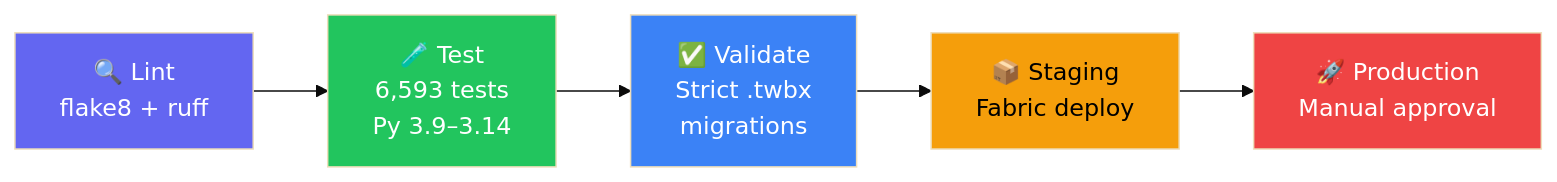
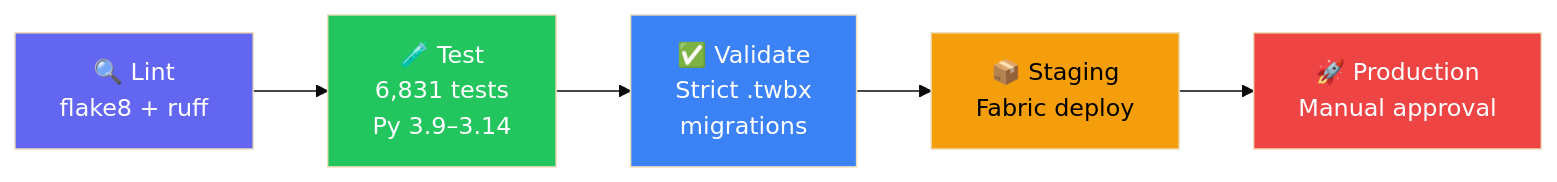
One commit to cyphou/Tableau-To-PowerBI changed the fourth of 4 diagrams in README.md. Above: the diagram before and after it, drawn with Mermaid (base theme). The commit also changed other lines of this file and 1203 other files, not shown here.

First line of the commit message:
docs: update documentation, add PPTX presentation with diagrams

````diff
--- a/README.md
+++ b/README.md
@@ -692,13 +711,13 @@
 ```mermaid
 flowchart LR
-    L["🔍 Lint\nflake8 + ruff"] --> T["🧪 Test\n6,593 tests\nPy 3.9–3.14"]
+    L["🔍 Lint\nflake8 + ruff"] --> T["🧪 Test\n6,831 tests\nPy 3.9–3.14"]
     T --> V["✅ Validate\nStrict .twbx\nmigrations"]
     V --> S["📦 Staging\nFabric deploy"]
     S --> P["🚀 Production\nManual approval"]
     
     style L fill:#6366f1,color:#fff
     style T fill:#22c55e,color:#fff
     style V fill:#3b82f6,color:#fff
     style S fill:#f59e0b,color:#000
     style P fill:#ef4444,color:#fff
 ```
````
